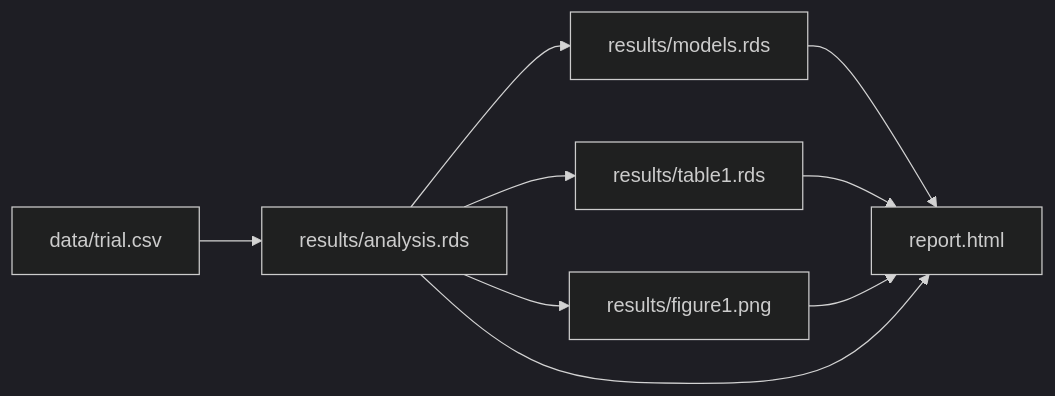
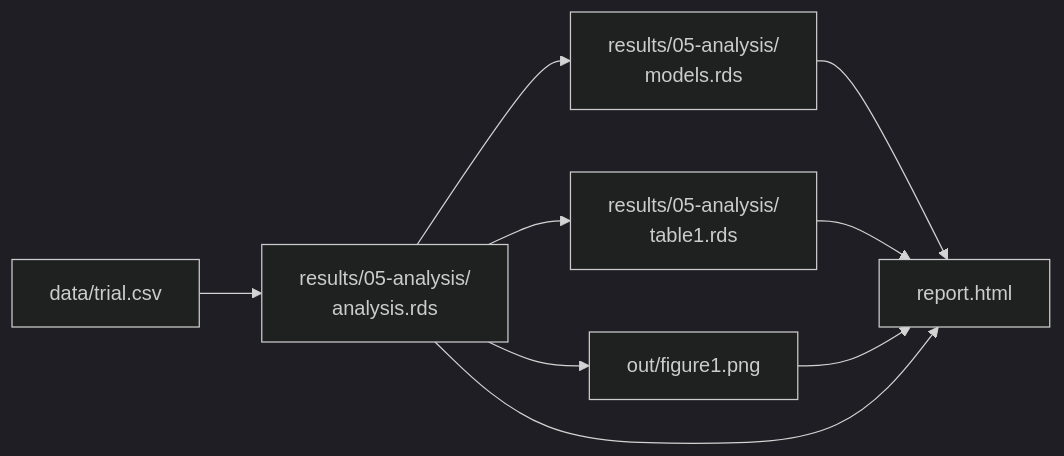
Before and after one commit to lharris421/snakemake-tutorial: the diagram in 08-analysis-pipeline.qmd, drawn with Mermaid (dark theme). The commit also changed other lines of this file and 66 other files, not shown here.

````diff
--- a/08-analysis-pipeline.qmd
+++ b/08-analysis-pipeline.qmd
@@ -25,12 +25,12 @@
 ```{mermaid}
 %%| fig-align: center
 flowchart LR
-  R[data/trial.csv] --> C[results/analysis.rds]
-  C --> M[results/models.rds]
-  C --> T[results/table1.rds]
-  C --> F[results/figure1.png]
+  R[data/trial.csv] --> C["results/05-analysis/<br/>analysis.rds"]
+  C --> M["results/05-analysis/<br/>models.rds"]
+  C --> T["results/05-analysis/<br/>table1.rds"]
+  C --> F[out/figure1.png]
   M --> P[report.html]
   T --> P
   F --> P
   C --> P
 ```
````
